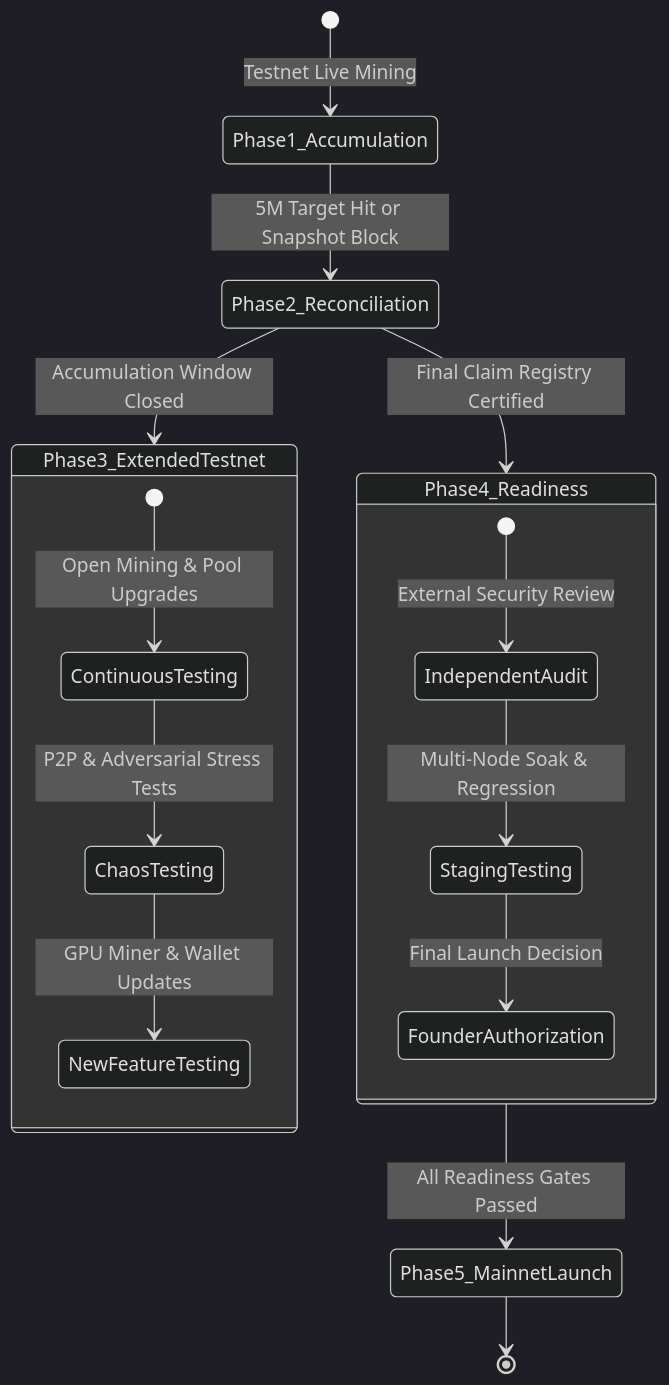
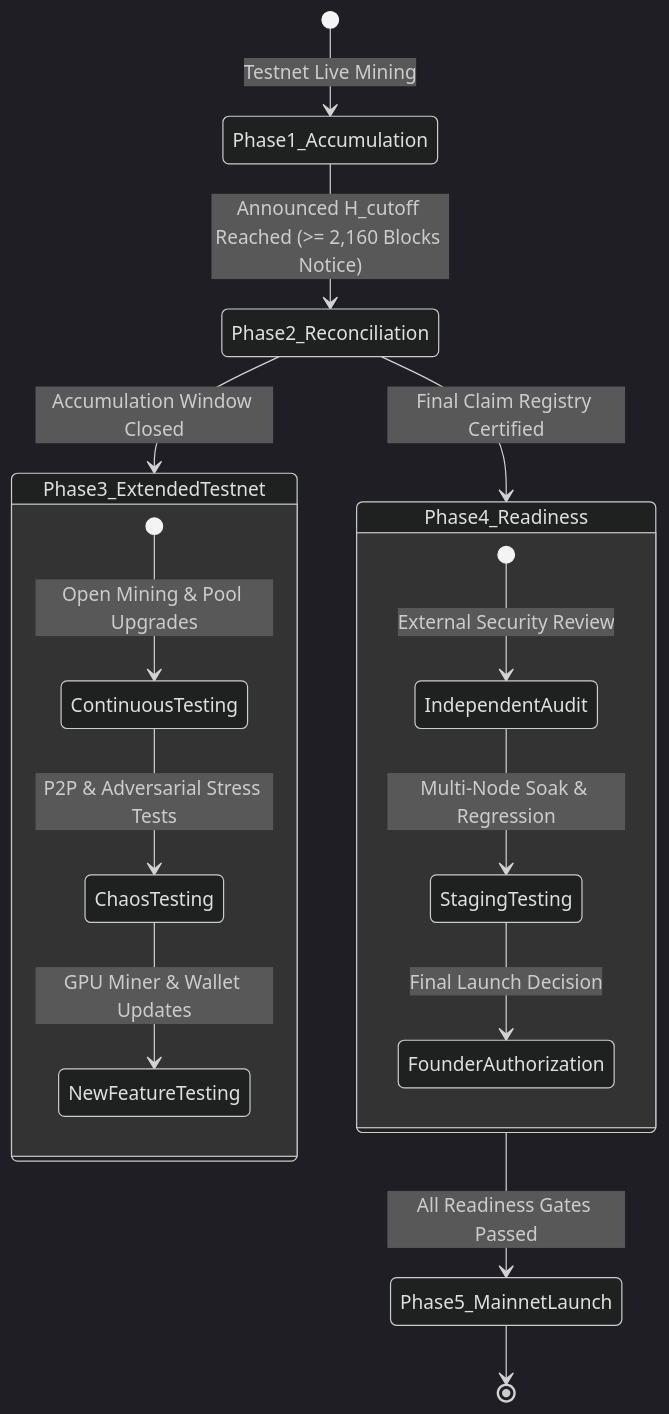
The second of 3 diagrams in docs/governance/TREASURY_MIGRATION_PLAN.md (armaxcoincore/armax-coin), drawn with Mermaid (dark theme) before and after one commit. The commit also changed other lines of this file and 4 other files, not shown here.

````diff
--- a/docs/governance/TREASURY_MIGRATION_PLAN.md
+++ b/docs/governance/TREASURY_MIGRATION_PLAN.md
@@ -335,19 +349,19 @@
 ```mermaid
 stateDiagram-v2
     [*] --> Phase1_Accumulation: Testnet Live Mining
-    Phase1_Accumulation --> Phase2_Reconciliation: 5M Target Hit or Snapshot Block
+    Phase1_Accumulation --> Phase2_Reconciliation: Announced H_cutoff Reached (>= 2,160 Blocks Notice)
     Phase2_Reconciliation --> Phase3_ExtendedTestnet: Accumulation Window Closed
     Phase2_Reconciliation --> Phase4_Readiness: Final Claim Registry Certified
     state Phase3_ExtendedTestnet {
         [*] --> ContinuousTesting: Open Mining & Pool Upgrades
         ContinuousTesting --> ChaosTesting: P2P & Adversarial Stress Tests
         ChaosTesting --> NewFeatureTesting: GPU Miner & Wallet Updates
     }
     state Phase4_Readiness {
         [*] --> IndependentAudit: External Security Review
         IndependentAudit --> StagingTesting: Multi-Node Soak & Regression
         StagingTesting --> FounderAuthorization: Final Launch Decision
     }
     Phase4_Readiness --> Phase5_MainnetLaunch: All Readiness Gates Passed
     Phase5_MainnetLaunch --> [*]
 ```
````
